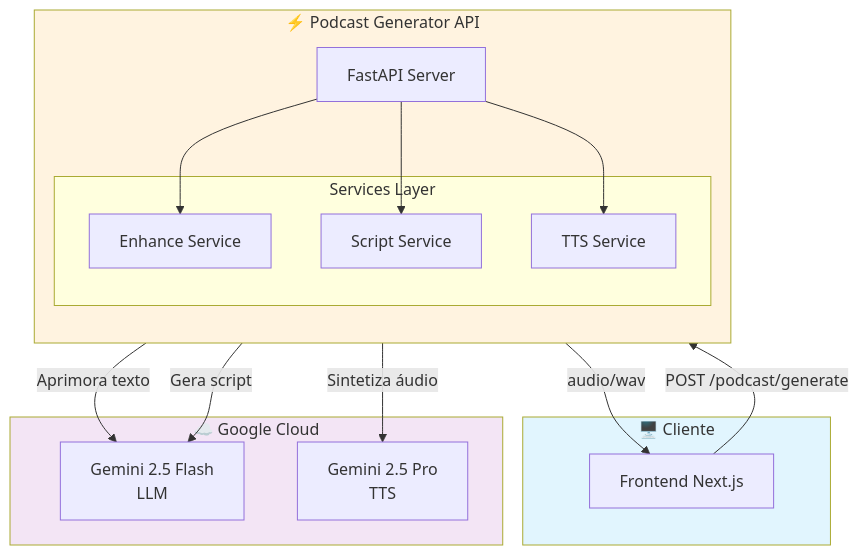
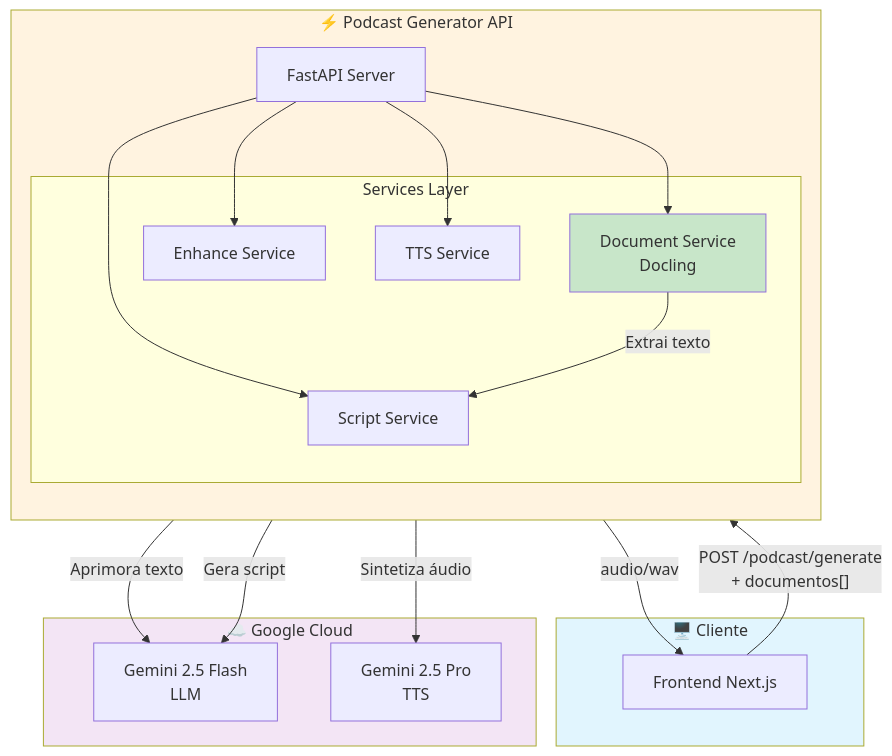
Before and after one commit to Lucas-Salomao/podcast-api-tts: the first of 8 diagrams in README.md, drawn with Mermaid. The commit also changed other lines of this file and 8 other files, not shown here.

Commit message:
feat: Implement podcast generation API with LLM scripting, TTS audio, and Docling document processing.

````diff
--- a/README.md
+++ b/README.md
@@ -50,37 +52,41 @@
 ```mermaid
 flowchart TB
     subgraph Cliente["🖥️ Cliente"]
         FE[Frontend Next.js]
     end
 
     subgraph API["⚡ Podcast Generator API"]
         direction TB
         FAST[FastAPI Server]
         
         subgraph Services["Services Layer"]
+            DS[Document Service<br/>Docling]
             ES[Enhance Service]
             SS[Script Service]
             TTS[TTS Service]
         end
     end
 
     subgraph External["☁️ Google Cloud"]
         GEMINI_LLM[Gemini 2.5 Flash<br/>LLM]
         GEMINI_TTS[Gemini 2.5 Pro<br/>TTS]
     end
 
-    FE -->|"POST /podcast/generate"| FAST
+    FE -->|"POST /podcast/generate<br/>+ documentos[]"| FAST
+    FAST --> DS
     FAST --> ES
     FAST --> SS
     FAST --> TTS
     
+    DS -->|"Extrai texto"| SS
     ES -->|"Aprimora texto"| GEMINI_LLM
     SS -->|"Gera script"| GEMINI_LLM
     TTS -->|"Sintetiza áudio"| GEMINI_TTS
     
     FAST -->|"audio/wav"| FE
 
     style Cliente fill:#e1f5fe
     style API fill:#fff3e0
     style External fill:#f3e5f5
+    style DS fill:#c8e6c9
 ```
````
